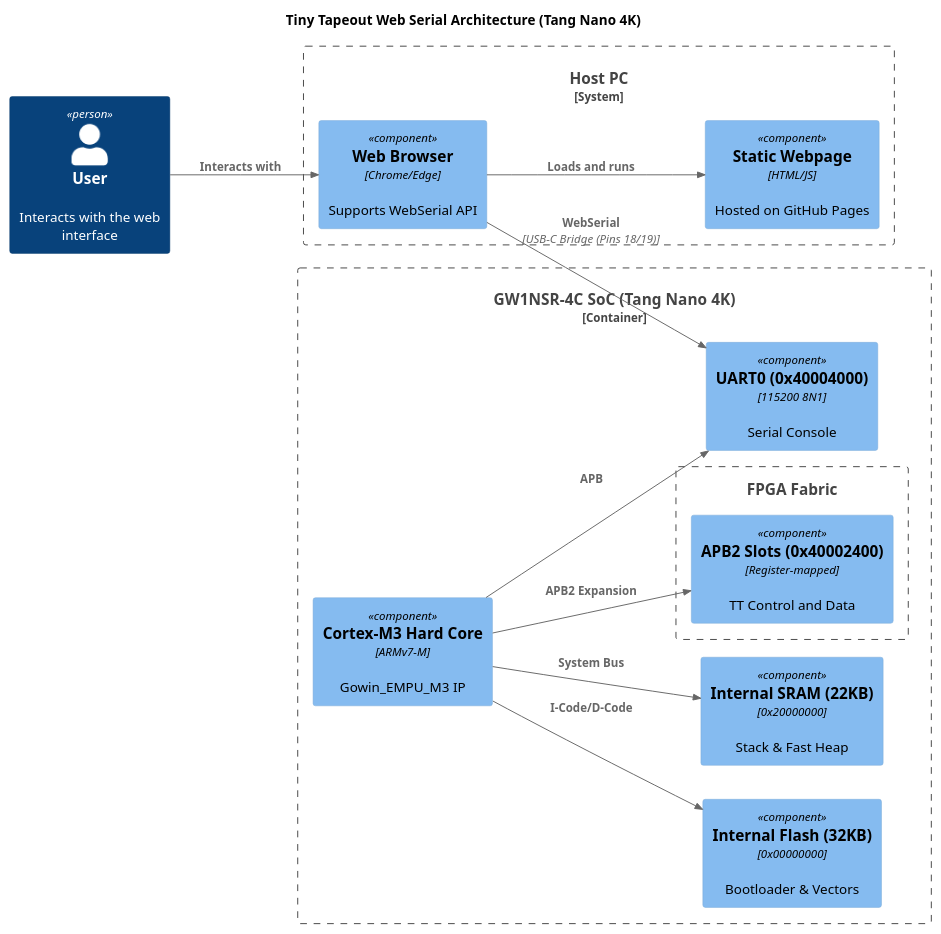
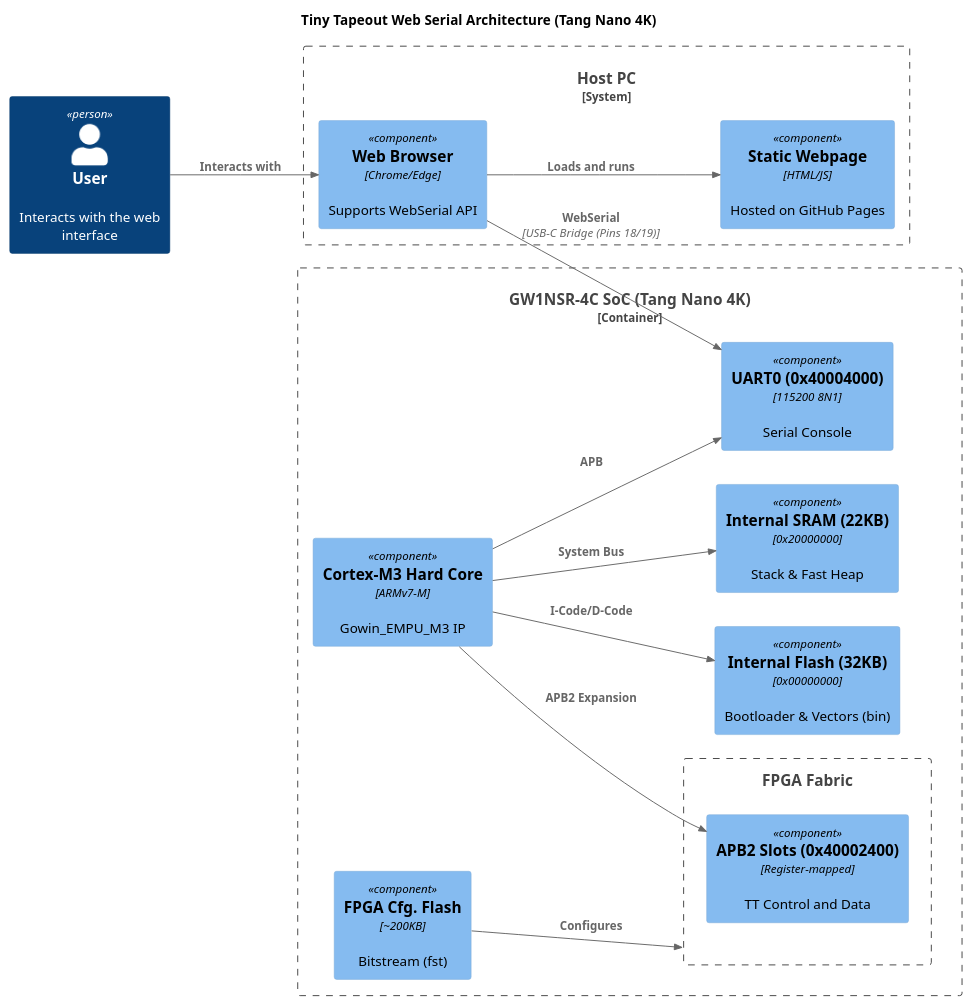
The diagram in architecture.puml (chatelao/tiny-tapeout-web-uart-tang-nano), drawn with PlantUML before and after one commit.

Commit message:
docs: add fst and bin to architecture diagram
Update architecture.puml to include 'bin' in the Internal Flash component
and add a new 'FPGA Cfg. Flash' component with the 'fst' label.
This aligns the diagram with standard Gowin/Tang Nano 4K nomenclature
for firmware and bitstream files.

```diff
--- a/architecture.puml
+++ b/architecture.puml
@@ -1,37 +1,39 @@
 @startuml architecture
 !include https://raw.githubusercontent.com/plantuml-stdlib/C4-PlantUML/master/C4_Component.puml
 
 LAYOUT_LEFT_RIGHT()
 
 title Tiny Tapeout Web Serial Architecture (Tang Nano 4K)
 
 Person(user, "User", "Interacts with the web interface")
 
 System_Boundary(host, "Host PC") {
     Component(browser, "Web Browser", "Chrome/Edge", "Supports WebSerial API")
     Component(web_page, "Static Webpage", "HTML/JS", "Hosted on GitHub Pages")
     Rel(browser, web_page, "Loads and runs")
 }
 
 Container_Boundary(soc, "GW1NSR-4C SoC (Tang Nano 4K)") {
     Component(m3, "Cortex-M3 Hard Core", "ARMv7-M", "Gowin_EMPU_M3 IP")
 
     Boundary(fabric, "FPGA Fabric") {
         Component(apb_slots, "APB2 Slots (0x40002400)", "Register-mapped", "TT Control and Data")
 
         Rel(m3, apb_slots, "APB2 Expansion")
     }
 
-    Component(int_flash, "Internal Flash (32KB)", "0x00000000", "Bootloader & Vectors")
+    Component(int_flash, "Internal Flash (32KB)", "0x00000000", "Bootloader & Vectors (bin)")
     Component(int_sram, "Internal SRAM (22KB)", "0x20000000", "Stack & Fast Heap")
     Component(uart0, "UART0 (0x40004000)", "115200 8N1", "Serial Console")
+    Component(cfg_flash, "FPGA Cfg. Flash", "~200KB", "Bitstream (fst)")
 
     Rel(m3, int_flash, "I-Code/D-Code")
     Rel(m3, int_sram, "System Bus")
     Rel(m3, uart0, "APB")
+    Rel(cfg_flash, fabric, "Configures")
 }
 
 Rel(user, browser, "Interacts with")
 Rel(browser, uart0, "WebSerial", "USB-C Bridge (Pins 18/19)")
 
 @enduml
```
